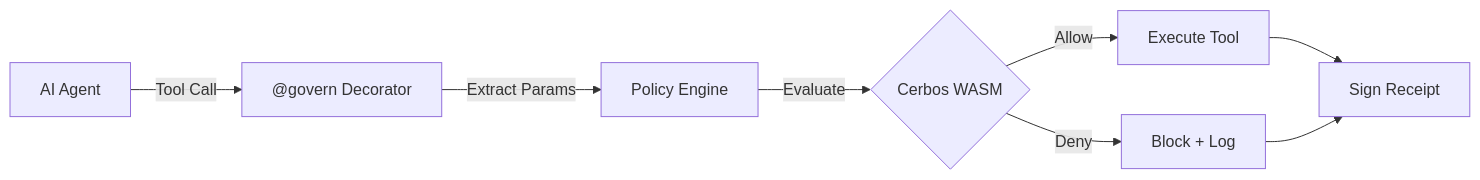
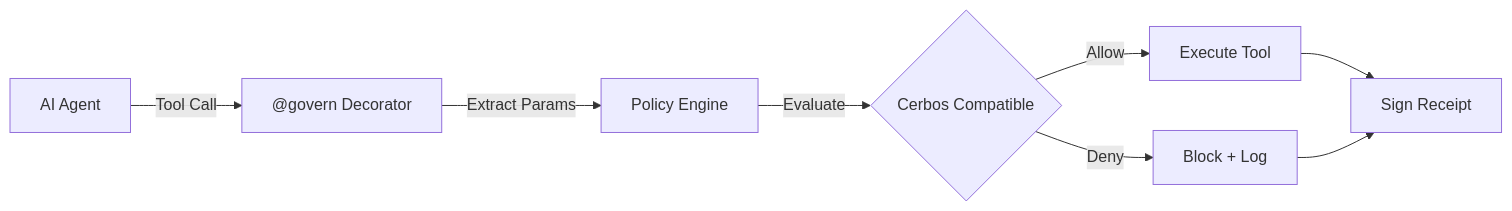
The diagram in README.md (GlassTape/glasstape-sdk-python), drawn with Mermaid before and after one commit. The commit also changed other lines of this file and 44 other files, not shown here.

````diff
--- a/README.md
+++ b/README.md
@@ -110,10 +107,10 @@
 ```mermaid
 flowchart LR
     A[AI Agent] -->|Tool Call| B["@govern Decorator"]
     B -->|Extract Params| C[Policy Engine]
-    C -->|Evaluate| D{Cerbos WASM}
+    C -->|Evaluate| D{Cerbos Compatible}
     D -->|Allow| E[Execute Tool]
     D -->|Deny| F[Block + Log]
     E --> G[Sign Receipt]
     F --> G
 ```
````
